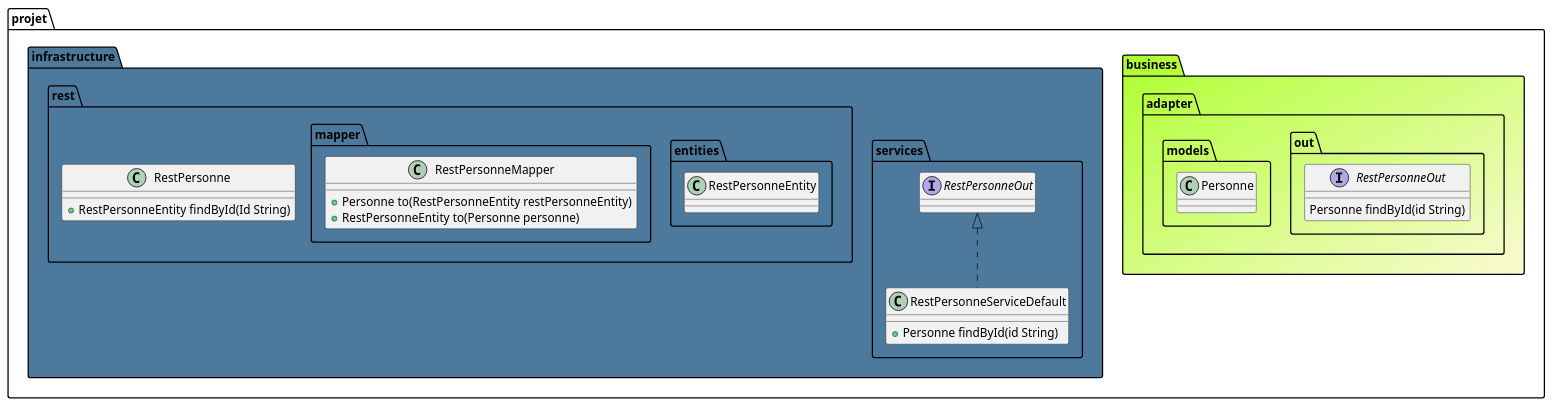
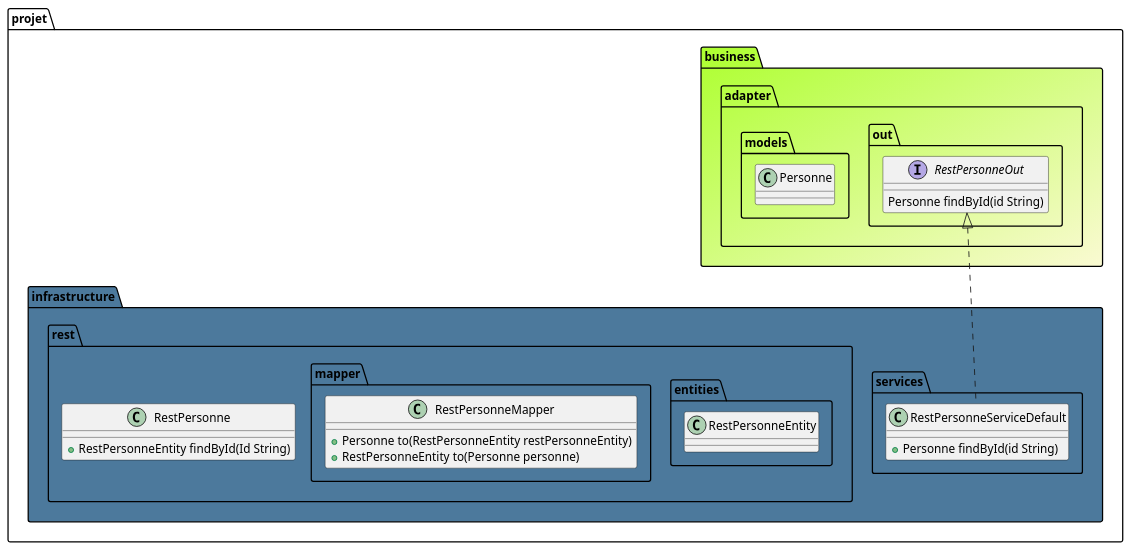
The diagram in images/dia_business_ex.puml (stef38-code/structureProjet), drawn with PlantUML before and after one commit.

Commit message:
docs: readme.md
correction

```diff
--- a/images/dia_business_ex.puml
+++ b/images/dia_business_ex.puml
@@ -1,34 +1,34 @@
 @startuml
 package projet.business #GreenYellow/LightGoldenRodYellow {
   package projet.business.adapter.out {
   interface RestPersonneOut {
     Personne findById(id String)
   }
   }
   package projet.business.adapter.models {
     class Personne{
     }
   }
 }
 package projet.infrastructure #4C799C {
   package projet.infrastructure.services {
-    class RestPersonneServiceDefault implements RestPersonneOut {
+    class RestPersonneServiceDefault implements projet.business.adapter.out.RestPersonneOut {
     + {method} Personne findById(id String)
     }
   }
   package projet.infrastructure.rest {
     class RestPersonne{
         + RestPersonneEntity findById(Id String)
     }
   }
   package projet.infrastructure.rest.entities {
     class RestPersonneEntity
   }
   package projet.infrastructure.rest.mapper {
     class RestPersonneMapper{
         + Personne to(RestPersonneEntity restPersonneEntity)
         + RestPersonneEntity to(Personne personne)
     }
   }
 }
 @enduml
```
